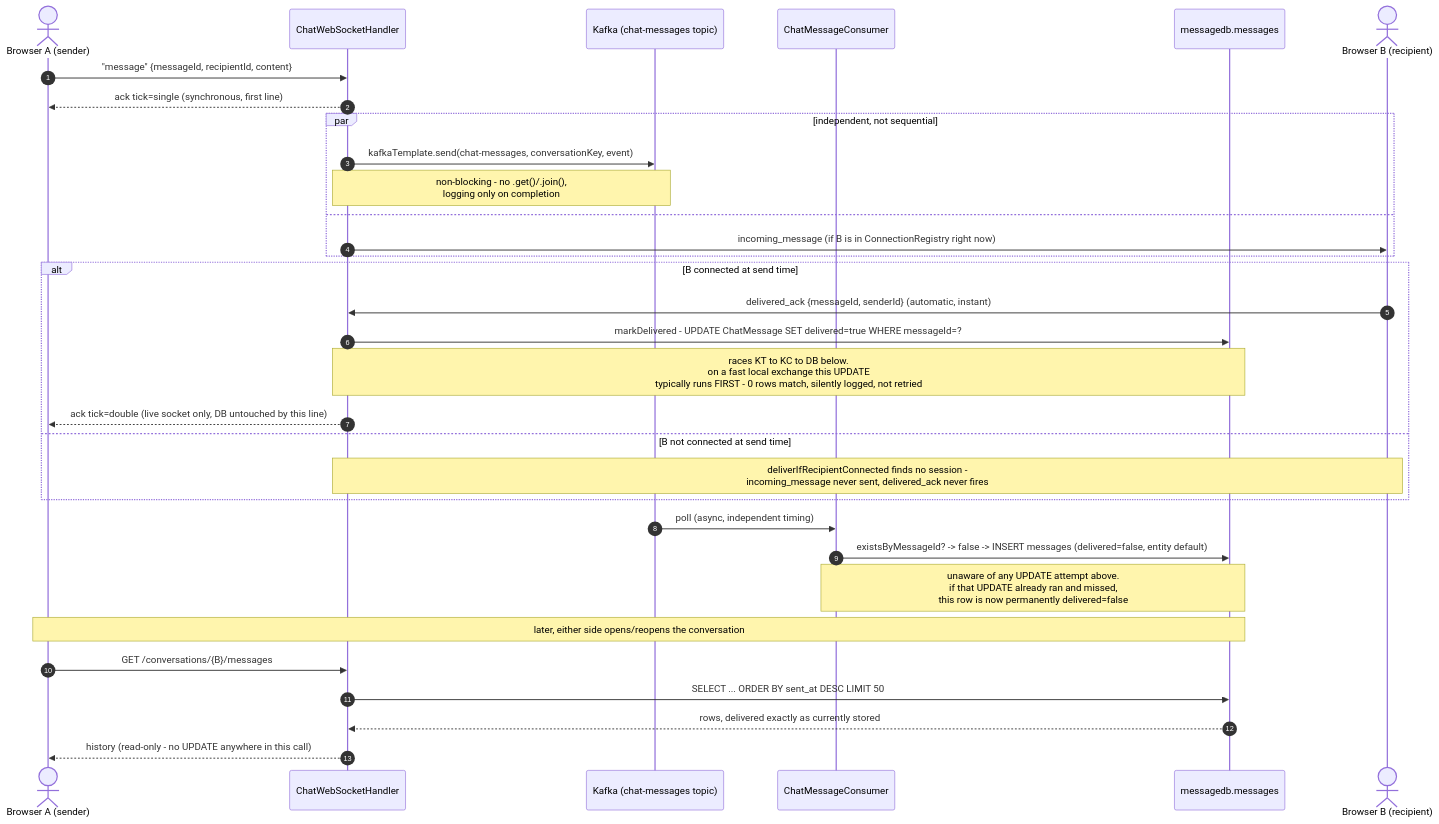
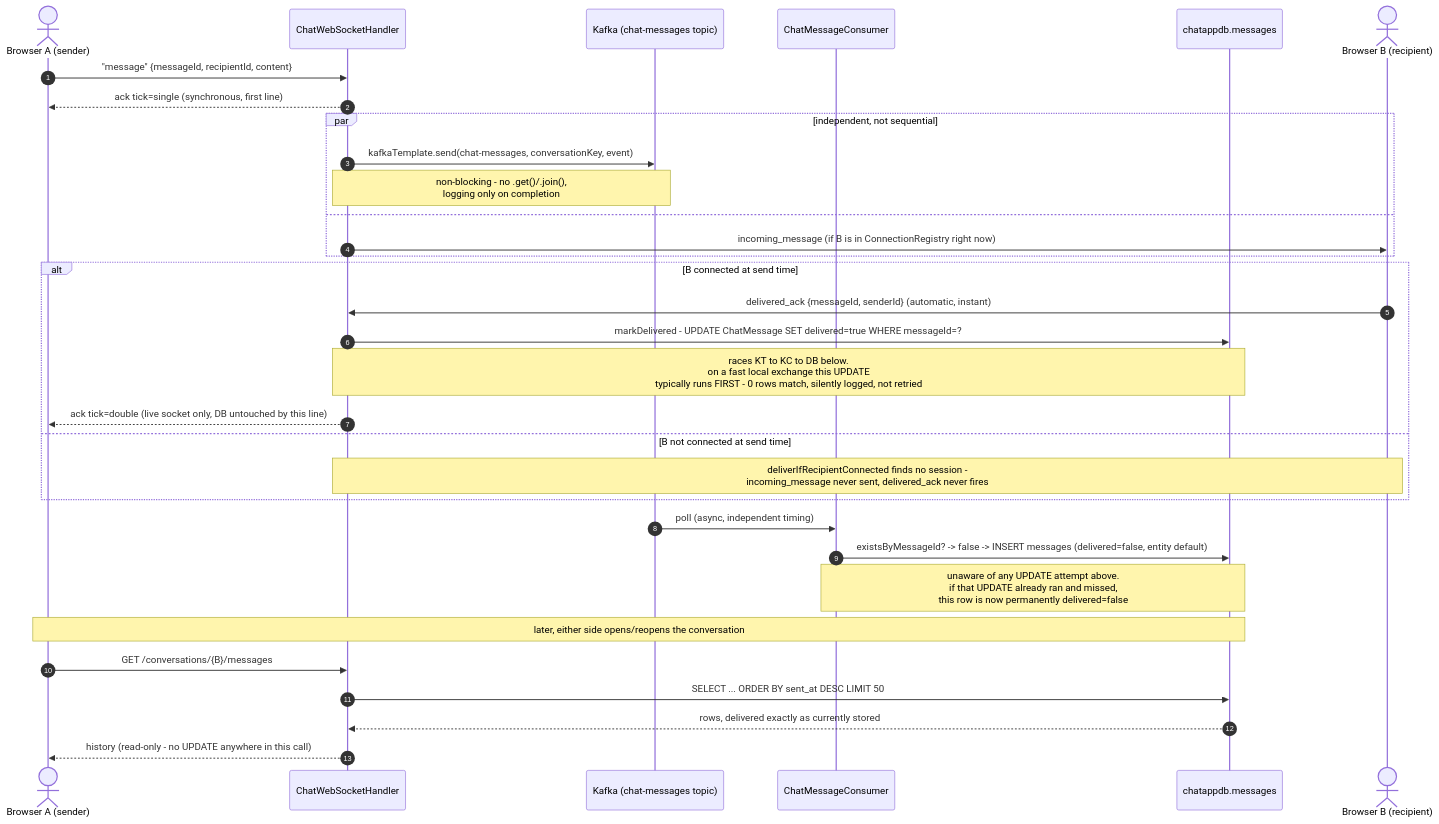
Before and after one commit to sarthak-brahmbhatt/chat-app: the diagram in docs/current-delivery-flow.md, drawn with Mermaid. The commit also changed other lines of this file and 6 other files, not shown here.

````diff
--- a/docs/current-delivery-flow.md
+++ b/docs/current-delivery-flow.md
@@ -195,39 +195,39 @@
 ```mermaid
 sequenceDiagram
     autonumber
     actor A as Browser A (sender)
     participant WS as ChatWebSocketHandler
     participant KT as Kafka (chat-messages topic)
     participant KC as ChatMessageConsumer
-    participant DB as messagedb.messages
+    participant DB as chatappdb.messages
     actor B as Browser B (recipient)
 
     A->>WS: "message" {messageId, recipientId, content}
     WS-->>A: ack tick=single (synchronous, first line)
 
     par independent, not sequential
         WS->>KT: kafkaTemplate.send(chat-messages, conversationKey, event)
         Note over WS,KT: non-blocking - no .get()/.join(),<br/>logging only on completion
     and
         WS->>B: incoming_message (if B is in ConnectionRegistry right now)
     end
 
     alt B connected at send time
         B->>WS: delivered_ack {messageId, senderId} (automatic, instant)
         WS->>DB: markDelivered - UPDATE ChatMessage SET delivered=true WHERE messageId=?
         Note over WS,DB: races KT to KC to DB below.<br/>on a fast local exchange this UPDATE<br/>typically runs FIRST - 0 rows match, silently logged, not retried
         WS-->>A: ack tick=double (live socket only, DB untouched by this line)
     else B not connected at send time
         Note over WS,B: deliverIfRecipientConnected finds no session -<br/>incoming_message never sent, delivered_ack never fires
     end
 
     KT->>KC: poll (async, independent timing)
     KC->>DB: existsByMessageId? -> false -> INSERT messages (delivered=false, entity default)
     Note over KC,DB: unaware of any UPDATE attempt above.<br/>if that UPDATE already ran and missed,<br/>this row is now permanently delivered=false
 
     Note over A,DB: later, either side opens/reopens the conversation
     A->>WS: GET /conversations/{B}/messages
     WS->>DB: SELECT ... ORDER BY sent_at DESC LIMIT 50
     DB-->>WS: rows, delivered exactly as currently stored
     WS-->>A: history (read-only - no UPDATE anywhere in this call)
 ```
````
